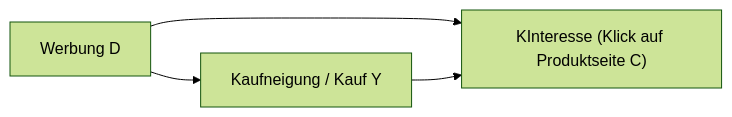
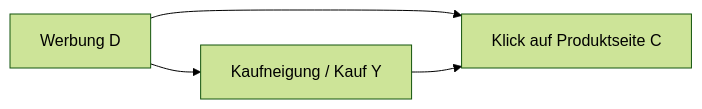
The fifth of 5 diagrams in slides/causal_inference_intro.qmd (JanTeichertKluge/causality-leysin), drawn with Mermaid (forest theme) before and after one commit. The commit also changed other lines of this file and 2 other files, not shown here.

````diff
--- a/slides/causal_inference_intro.qmd
+++ b/slides/causal_inference_intro.qmd
@@ -555,6 +553,6 @@
 ```{mermaid}
 flowchart LR
-  D["Werbung D"] --> C["KInteresse (Klick auf Produktseite C)"]
+  D["Werbung D"] --> C["Klick auf Produktseite C"]
   Y["Kaufneigung / Kauf Y"] --> C
   D --> Y
 ```
````
